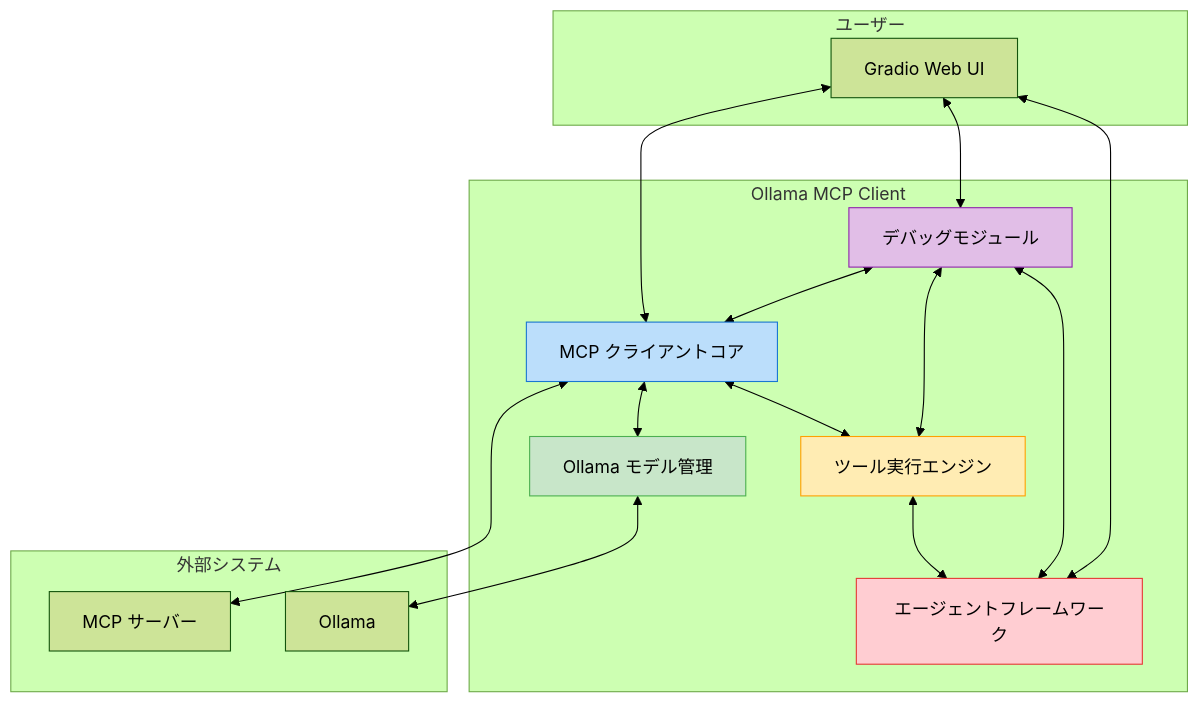
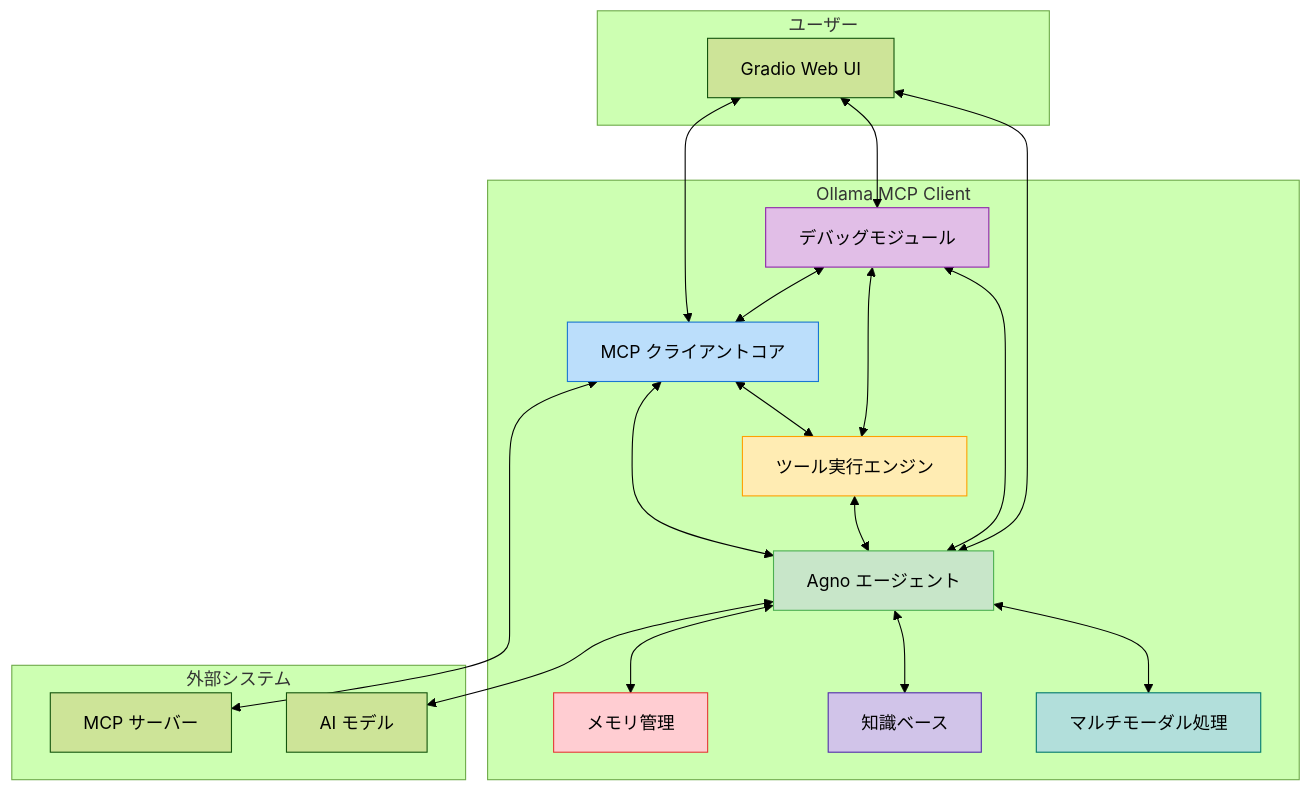
Before and after one commit to NewAITees/ollama-mcp-client-webapp: the first of 3 diagrams in docs/ARCHITECTURE.md, drawn with Mermaid (forest theme). The commit also changed other lines of this file and 18 other files, not shown here.

First line of the commit message:
Refactor Ollama MCP Client & Agent to integrate Agno framework and enhance multimodal capabilities

````diff
--- a/docs/ARCHITECTURE.md
+++ b/docs/ARCHITECTURE.md
@@ -9,38 +9,46 @@
 ```mermaid
 graph TB
     subgraph "ユーザー"
         UI[Gradio Web UI]
     end
     
     subgraph "Ollama MCP Client"
         Client[MCP クライアントコア]
-        Model[Ollama モデル管理]
+        AgnoAgent[Agno エージェント]
         Tools[ツール実行エンジン]
         Debug[デバッグモジュール]
-        Agent[エージェントフレームワーク]
+        Memory[メモリ管理]
+        Knowledge[知識ベース]
+        Multimodal[マルチモーダル処理]
     end
     
     subgraph "外部システム"
         MCP[MCP サーバー]
-        Ollama[Ollama]
+        Models[AI モデル]
     end
     
     UI <--> Client
     UI <--> Debug
-    UI <--> Agent
+    UI <--> AgnoAgent
     
     Client <--> MCP
-    Model <--> Ollama
-    Client <--> Model
+    AgnoAgent <--> Models
+    Client <--> AgnoAgent
     Client <--> Tools
-    Tools <--> Agent
+    Tools <--> AgnoAgent
     Debug <--> Client
     Debug <--> Tools
-    Debug <--> Agent
+    Debug <--> AgnoAgent
+    
+    AgnoAgent <--> Memory
+    AgnoAgent <--> Knowledge
+    AgnoAgent <--> Multimodal
     
     style Client fill:#bbdefb,stroke:#1976d2
-    style Model fill:#c8e6c9,stroke:#4caf50
+    style AgnoAgent fill:#c8e6c9,stroke:#4caf50
     style Tools fill:#ffecb3,stroke:#ffa000
     style Debug fill:#e1bee7,stroke:#8e24aa
-    style Agent fill:#ffcdd2,stroke:#e53935
+    style Memory fill:#ffcdd2,stroke:#e53935
+    style Knowledge fill:#d1c4e9,stroke:#512da8
+    style Multimodal fill:#b2dfdb,stroke:#00796b
 ```
````
